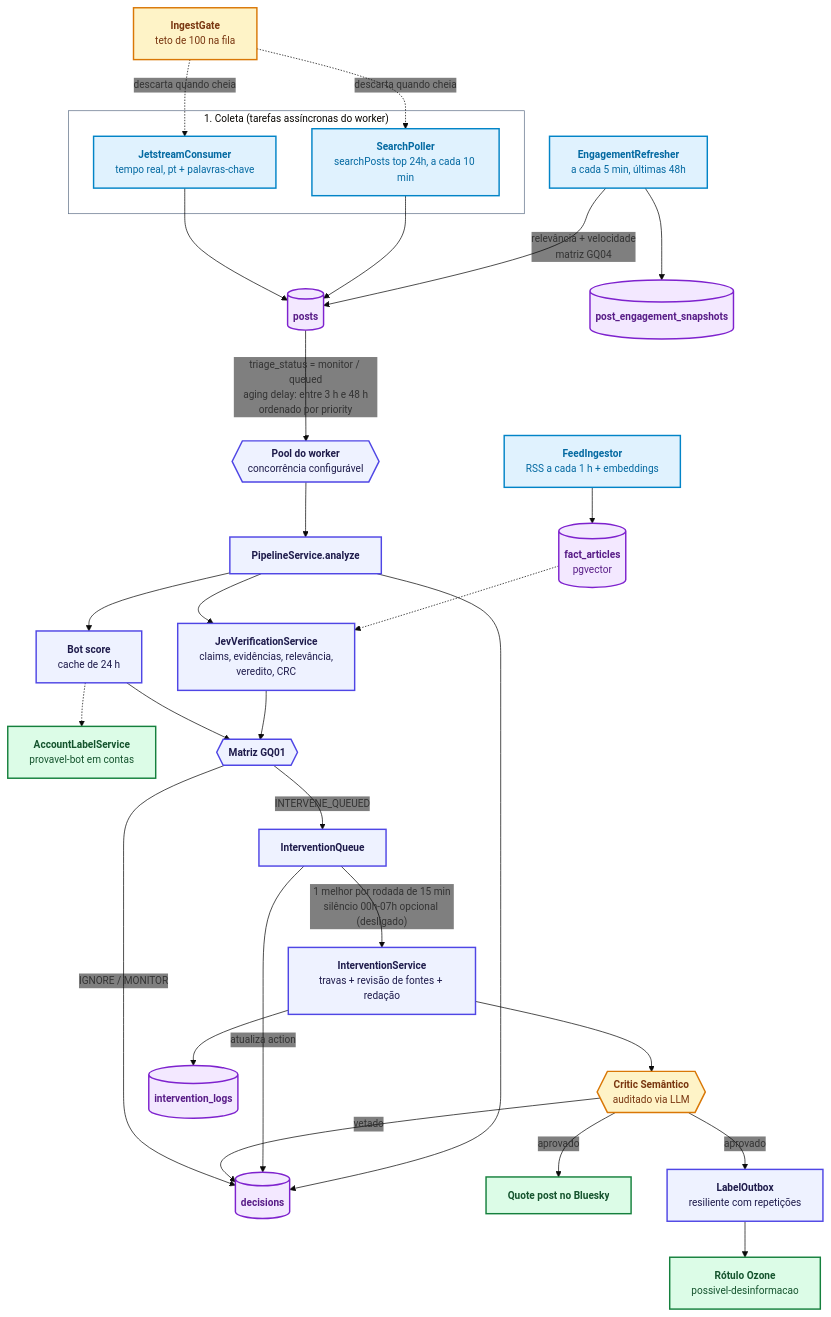
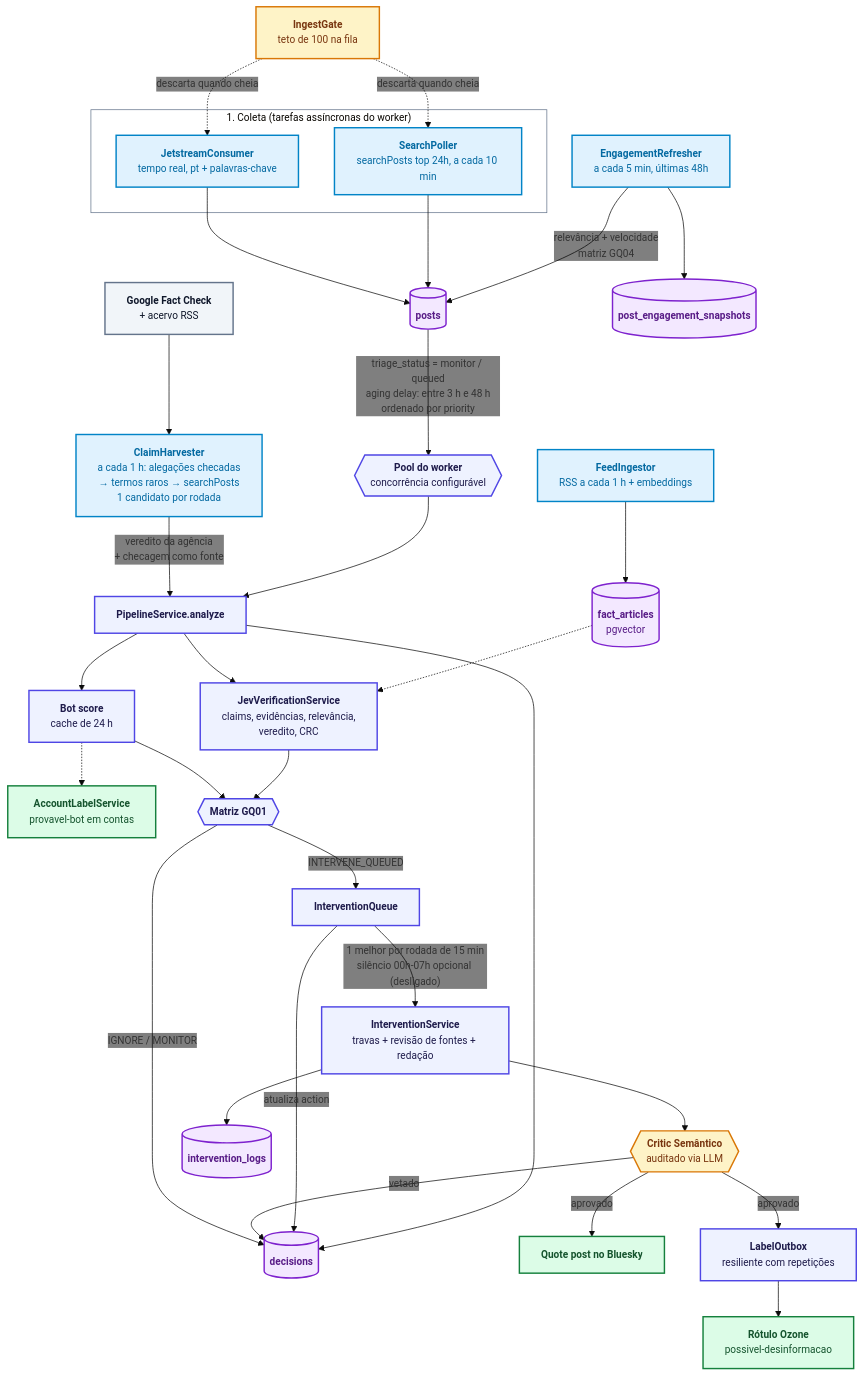
Before and after one commit to moonshinerd/ContrarIA: the second of 4 diagrams in docs/arquitetura/index.md, drawn with Mermaid. The commit also changed other lines of this file and 6 other files, not shown here.

First line of the commit message:
Documentação: coletor de alegações checadas, vigia de deploy, custo de LLM e novos padrões

````diff
--- a/docs/arquitetura/index.md
+++ b/docs/arquitetura/index.md
@@ -74,44 +74,47 @@
 ```mermaid
 %%{init: {'theme': 'base', 'themeVariables': { 'fontSize': '14px', 'fontFamily': 'inherit', 'clusterBkg': 'transparent', 'clusterBorder': '#64748B', 'edgeLabelBackground': 'transparent' }}}%%
 flowchart TD
     classDef ext fill:#F1F5F9,stroke:#64748B,stroke-width:2px,color:#0F172A
     classDef ingest fill:#E0F2FE,stroke:#0284C7,stroke-width:2px,color:#0369A1
     classDef core fill:#EEF2FF,stroke:#4F46E5,stroke-width:2px,color:#1E1B4B
     classDef store fill:#F3E8FF,stroke:#7E22CE,stroke-width:2px,color:#581C87
     classDef guard fill:#FEF3C7,stroke:#D97706,stroke-width:2px,color:#78350F
     classDef out fill:#DCFCE7,stroke:#15803D,stroke-width:2px,color:#14532D
 
     subgraph Coleta["1. Coleta (tarefas assíncronas do worker)"]
         J1["<span style='color:#0369A1'><b>JetstreamConsumer</b><br/>tempo real, pt + palavras-chave</span>"]:::ingest
         J2["<span style='color:#0369A1'><b>SearchPoller</b><br/>searchPosts top 24h, a cada 10 min</span>"]:::ingest
     end
     J1 --> POSTS[("<span style='color:#581C87'><b>posts</b></span>")]:::store
     J2 --> POSTS
+    HV["<span style='color:#0369A1'><b>ClaimHarvester</b><br/>a cada 1 h: alegações checadas<br/>→ termos raros → searchPosts<br/>1 candidato por rodada</span>"]:::ingest
+    FC["<span style='color:#0F172A'><b>Google Fact Check</b><br/>+ acervo RSS</span>"]:::ext --> HV
+    HV -- "veredito da agência<br/>+ checagem como fonte" --> PIPE
 
     ER["<span style='color:#0369A1'><b>EngagementRefresher</b><br/>a cada 5 min, últimas 48h</span>"]:::ingest --> SNAP[("<span style='color:#581C87'><b>post_engagement_snapshots</b></span>")]:::store
     ER -- relevância + velocidade<br/>matriz GQ04 --> POSTS
 
     POSTS -- triage_status = monitor / queued<br/>aging delay: entre 3 h e 48 h<br/>ordenado por priority --> LOOP{{"<span style='color:#1E1B4B'><b>Pool do worker</b><br/>concorrência configurável</span>"}}:::core
     GATE["<span style='color:#78350F'><b>IngestGate</b><br/>teto de 100 na fila</span>"]:::guard -. descarta quando cheia .-> J1
     GATE -. descarta quando cheia .-> J2
     RSSJ["<span style='color:#0369A1'><b>FeedIngestor</b><br/>RSS a cada 1 h + embeddings</span>"]:::ingest --> FA[("<span style='color:#581C87'><b>fact_articles</b><br/>pgvector</span>")]:::store
 
     LOOP --> PIPE["<span style='color:#1E1B4B'><b>PipelineService.analyze</b></span>"]:::core
     PIPE --> BOT["<span style='color:#1E1B4B'><b>Bot score</b><br/>cache de 24 h</span>"]:::core
     BOT -.-> ACC["<span style='color:#14532D'><b>AccountLabelService</b><br/>provavel-bot em contas</span>"]:::out
     PIPE --> VER["<span style='color:#1E1B4B'><b>JevVerificationService</b><br/>claims, evidências, relevância,<br/>veredito, CRC</span>"]:::core
     FA -.-> VER
     BOT --> GQ01{{"<span style='color:#1E1B4B'><b>Matriz GQ01</b></span>"}}:::core
     VER --> GQ01
     GQ01 -- IGNORE / MONITOR --> LOG[("<span style='color:#581C87'><b>decisions</b></span>")]:::store
     GQ01 -- INTERVENE_QUEUED --> Q["<span style='color:#1E1B4B'><b>InterventionQueue</b></span>"]:::core
     Q -- 1 melhor por rodada de 15 min<br/>silêncio 00h-07h opcional (desligado) --> INT["<span style='color:#1E1B4B'><b>InterventionService</b><br/>travas + revisão de fontes + redação</span>"]:::core
     INT --> CRIT{{"<span style='color:#78350F'><b>Critic Semântico</b><br/>auditado via LLM</span>"}}:::guard
     CRIT -- vetado --> LOG
     CRIT -- aprovado --> QP["<span style='color:#14532D'><b>Quote post no Bluesky</b></span>"]:::out
     CRIT -- aprovado --> OB["<span style='color:#1E1B4B'><b>LabelOutbox</b><br/>resiliente com repetições</span>"]:::core
     OB --> LAB["<span style='color:#14532D'><b>Rótulo Ozone</b><br/>possivel-desinformacao</span>"]:::out
     INT --> IL[("<span style='color:#581C87'><b>intervention_logs</b></span>")]:::store
     Q -- atualiza action --> LOG
     PIPE --> LOG
 ```
````
